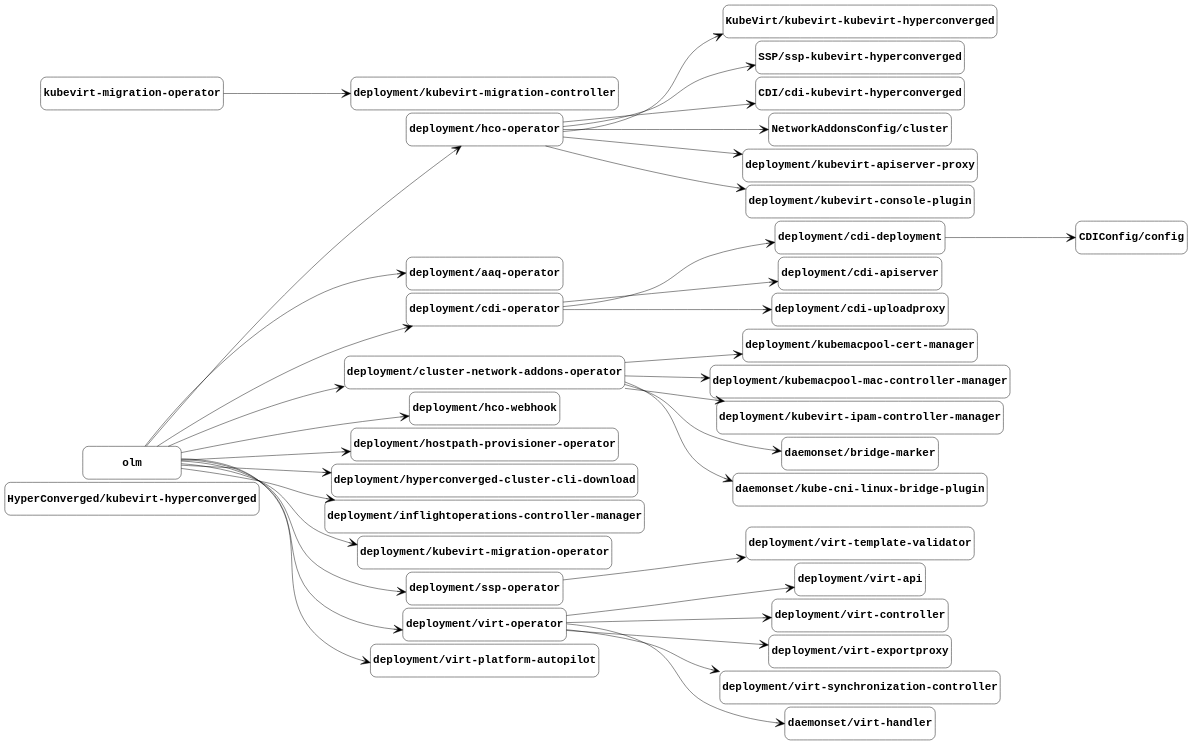
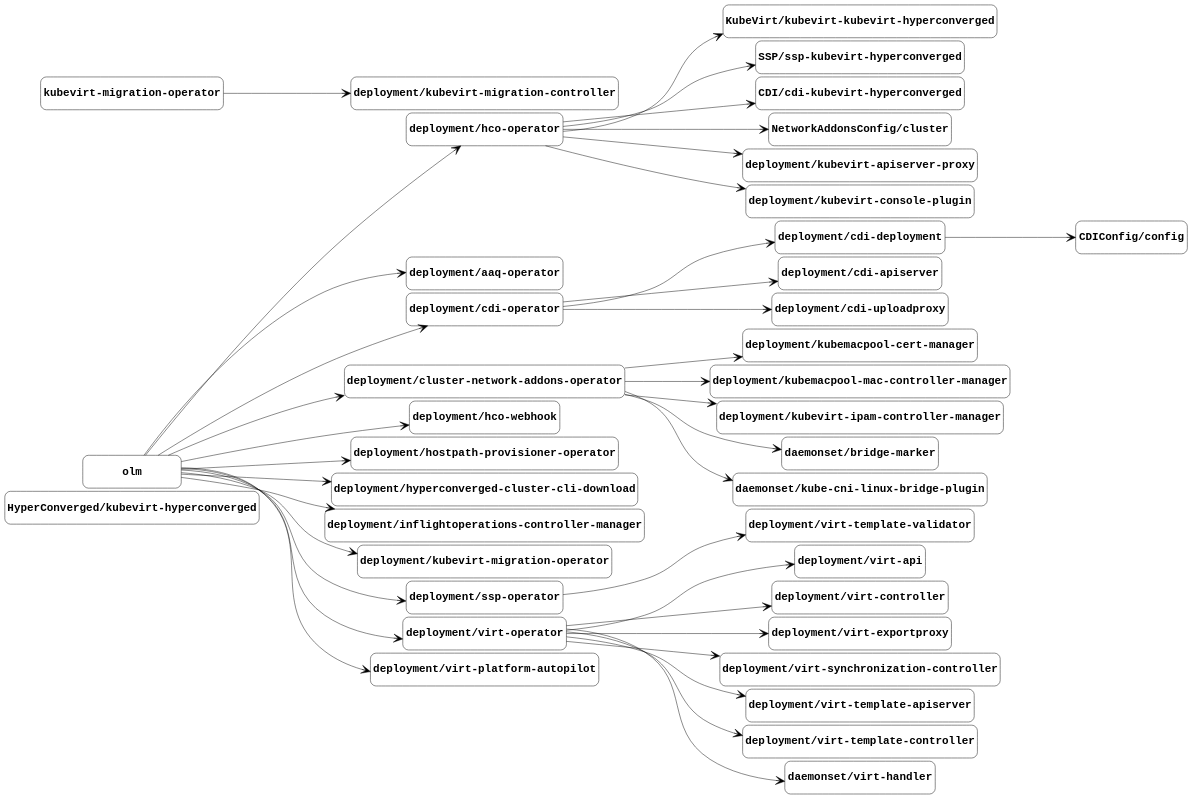
One commit to kubevirt/hyperconverged-cluster-operator changed the diagram in docs/managed-by.gv. Above: the diagram before and after it, drawn with Graphviz. The commit also changed 3 other files, not shown here.

Commit message:
Update component graphs from the nightly job (#4411)

```diff
--- a/docs/managed-by.gv
+++ b/docs/managed-by.gv
@@ -1,108 +1,114 @@
 digraph "managed-by" {
 	graph [center=true margin=0.2 nodesep=0.1 rankdir=LR ranksep=2]
 	node [fontname="Courier-Bold" fontsize=24 height=1 shape=box style=rounded width=3]
 	edge [arrowhead=vee arrowsize=2]
 	"HyperConverged/kubevirt-hyperconverged" [label="HyperConverged/kubevirt-hyperconverged"]
 	"KubeVirt/kubevirt-kubevirt-hyperconverged" [label="KubeVirt/kubevirt-kubevirt-hyperconverged"]
 	"deployment/hco-operator" [label="deployment/hco-operator"]
 	"deployment/hco-operator" -> "KubeVirt/kubevirt-kubevirt-hyperconverged"
 	"SSP/ssp-kubevirt-hyperconverged" [label="SSP/ssp-kubevirt-hyperconverged"]
 	"deployment/hco-operator" [label="deployment/hco-operator"]
 	"deployment/hco-operator" -> "SSP/ssp-kubevirt-hyperconverged"
 	"CDI/cdi-kubevirt-hyperconverged" [label="CDI/cdi-kubevirt-hyperconverged"]
 	"deployment/hco-operator" [label="deployment/hco-operator"]
 	"deployment/hco-operator" -> "CDI/cdi-kubevirt-hyperconverged"
 	"CDIConfig/config" [label="CDIConfig/config"]
 	"deployment/cdi-deployment" [label="deployment/cdi-deployment"]
 	"deployment/cdi-deployment" -> "CDIConfig/config"
 	"NetworkAddonsConfig/cluster" [label="NetworkAddonsConfig/cluster"]
 	"deployment/hco-operator" [label="deployment/hco-operator"]
 	"deployment/hco-operator" -> "NetworkAddonsConfig/cluster"
 	"deployment/aaq-operator" [label="deployment/aaq-operator"]
 	olm [label=olm]
 	olm -> "deployment/aaq-operator"
 	"deployment/cdi-apiserver" [label="deployment/cdi-apiserver"]
 	"deployment/cdi-operator" [label="deployment/cdi-operator"]
 	"deployment/cdi-operator" -> "deployment/cdi-apiserver"
 	"deployment/cdi-deployment" [label="deployment/cdi-deployment"]
 	"deployment/cdi-operator" [label="deployment/cdi-operator"]
 	"deployment/cdi-operator" -> "deployment/cdi-deployment"
 	"deployment/cdi-operator" [label="deployment/cdi-operator"]
 	olm [label=olm]
 	olm -> "deployment/cdi-operator"
 	"deployment/cdi-uploadproxy" [label="deployment/cdi-uploadproxy"]
 	"deployment/cdi-operator" [label="deployment/cdi-operator"]
 	"deployment/cdi-operator" -> "deployment/cdi-uploadproxy"
 	"deployment/cluster-network-addons-operator" [label="deployment/cluster-network-addons-operator"]
 	olm [label=olm]
 	olm -> "deployment/cluster-network-addons-operator"
 	"deployment/hco-operator" [label="deployment/hco-operator"]
 	olm [label=olm]
 	olm -> "deployment/hco-operator"
 	"deployment/hco-webhook" [label="deployment/hco-webhook"]
 	olm [label=olm]
 	olm -> "deployment/hco-webhook"
 	"deployment/hostpath-provisioner-operator" [label="deployment/hostpath-provisioner-operator"]
 	olm [label=olm]
 	olm -> "deployment/hostpath-provisioner-operator"
 	"deployment/hyperconverged-cluster-cli-download" [label="deployment/hyperconverged-cluster-cli-download"]
 	olm [label=olm]
 	olm -> "deployment/hyperconverged-cluster-cli-download"
 	"deployment/inflightoperations-controller-manager" [label="deployment/inflightoperations-controller-manager"]
 	olm [label=olm]
 	olm -> "deployment/inflightoperations-controller-manager"
 	"deployment/kubemacpool-cert-manager" [label="deployment/kubemacpool-cert-manager"]
 	"deployment/cluster-network-addons-operator" [label="deployment/cluster-network-addons-operator"]
 	"deployment/cluster-network-addons-operator" -> "deployment/kubemacpool-cert-manager"
 	"deployment/kubemacpool-mac-controller-manager" [label="deployment/kubemacpool-mac-controller-manager"]
 	"deployment/cluster-network-addons-operator" [label="deployment/cluster-network-addons-operator"]
 	"deployment/cluster-network-addons-operator" -> "deployment/kubemacpool-mac-controller-manager"
 	"deployment/kubevirt-apiserver-proxy" [label="deployment/kubevirt-apiserver-proxy"]
 	"deployment/hco-operator" [label="deployment/hco-operator"]
 	"deployment/hco-operator" -> "deployment/kubevirt-apiserver-proxy"
 	"deployment/kubevirt-console-plugin" [label="deployment/kubevirt-console-plugin"]
 	"deployment/hco-operator" [label="deployment/hco-operator"]
 	"deployment/hco-operator" -> "deployment/kubevirt-console-plugin"
 	"deployment/kubevirt-ipam-controller-manager" [label="deployment/kubevirt-ipam-controller-manager"]
 	"deployment/cluster-network-addons-operator" [label="deployment/cluster-network-addons-operator"]
 	"deployment/cluster-network-addons-operator" -> "deployment/kubevirt-ipam-controller-manager"
 	"deployment/kubevirt-migration-controller" [label="deployment/kubevirt-migration-controller"]
 	"kubevirt-migration-operator" [label="kubevirt-migration-operator"]
 	"kubevirt-migration-operator" -> "deployment/kubevirt-migration-controller"
 	"deployment/kubevirt-migration-operator" [label="deployment/kubevirt-migration-operator"]
 	olm [label=olm]
 	olm -> "deployment/kubevirt-migration-operator"
 	"deployment/ssp-operator" [label="deployment/ssp-operator"]
 	olm [label=olm]
 	olm -> "deployment/ssp-operator"
 	"deployment/virt-api" [label="deployment/virt-api"]
 	"deployment/virt-operator" [label="deployment/virt-operator"]
 	"deployment/virt-operator" -> "deployment/virt-api"
 	"deployment/virt-controller" [label="deployment/virt-controller"]
 	"deployment/virt-operator" [label="deployment/virt-operator"]
 	"deployment/virt-operator" -> "deployment/virt-controller"
 	"deployment/virt-exportproxy" [label="deployment/virt-exportproxy"]
 	"deployment/virt-operator" [label="deployment/virt-operator"]
 	"deployment/virt-operator" -> "deployment/virt-exportproxy"
 	"deployment/virt-operator" [label="deployment/virt-operator"]
 	olm [label=olm]
 	olm -> "deployment/virt-operator"
 	"deployment/virt-platform-autopilot" [label="deployment/virt-platform-autopilot"]
 	olm [label=olm]
 	olm -> "deployment/virt-platform-autopilot"
 	"deployment/virt-synchronization-controller" [label="deployment/virt-synchronization-controller"]
 	"deployment/virt-operator" [label="deployment/virt-operator"]
 	"deployment/virt-operator" -> "deployment/virt-synchronization-controller"
+	"deployment/virt-template-apiserver" [label="deployment/virt-template-apiserver"]
+	"deployment/virt-operator" [label="deployment/virt-operator"]
+	"deployment/virt-operator" -> "deployment/virt-template-apiserver"
+	"deployment/virt-template-controller" [label="deployment/virt-template-controller"]
+	"deployment/virt-operator" [label="deployment/virt-operator"]
+	"deployment/virt-operator" -> "deployment/virt-template-controller"
 	"deployment/virt-template-validator" [label="deployment/virt-template-validator"]
 	"deployment/ssp-operator" [label="deployment/ssp-operator"]
 	"deployment/ssp-operator" -> "deployment/virt-template-validator"
 	"daemonset/bridge-marker" [label="daemonset/bridge-marker"]
 	"deployment/cluster-network-addons-operator" [label="deployment/cluster-network-addons-operator"]
 	"deployment/cluster-network-addons-operator" -> "daemonset/bridge-marker"
 	"daemonset/kube-cni-linux-bridge-plugin" [label="daemonset/kube-cni-linux-bridge-plugin"]
 	"deployment/cluster-network-addons-operator" [label="deployment/cluster-network-addons-operator"]
 	"deployment/cluster-network-addons-operator" -> "daemonset/kube-cni-linux-bridge-plugin"
 	"daemonset/virt-handler" [label="daemonset/virt-handler"]
 	"deployment/virt-operator" [label="deployment/virt-operator"]
 	"deployment/virt-operator" -> "daemonset/virt-handler"
 }
```
